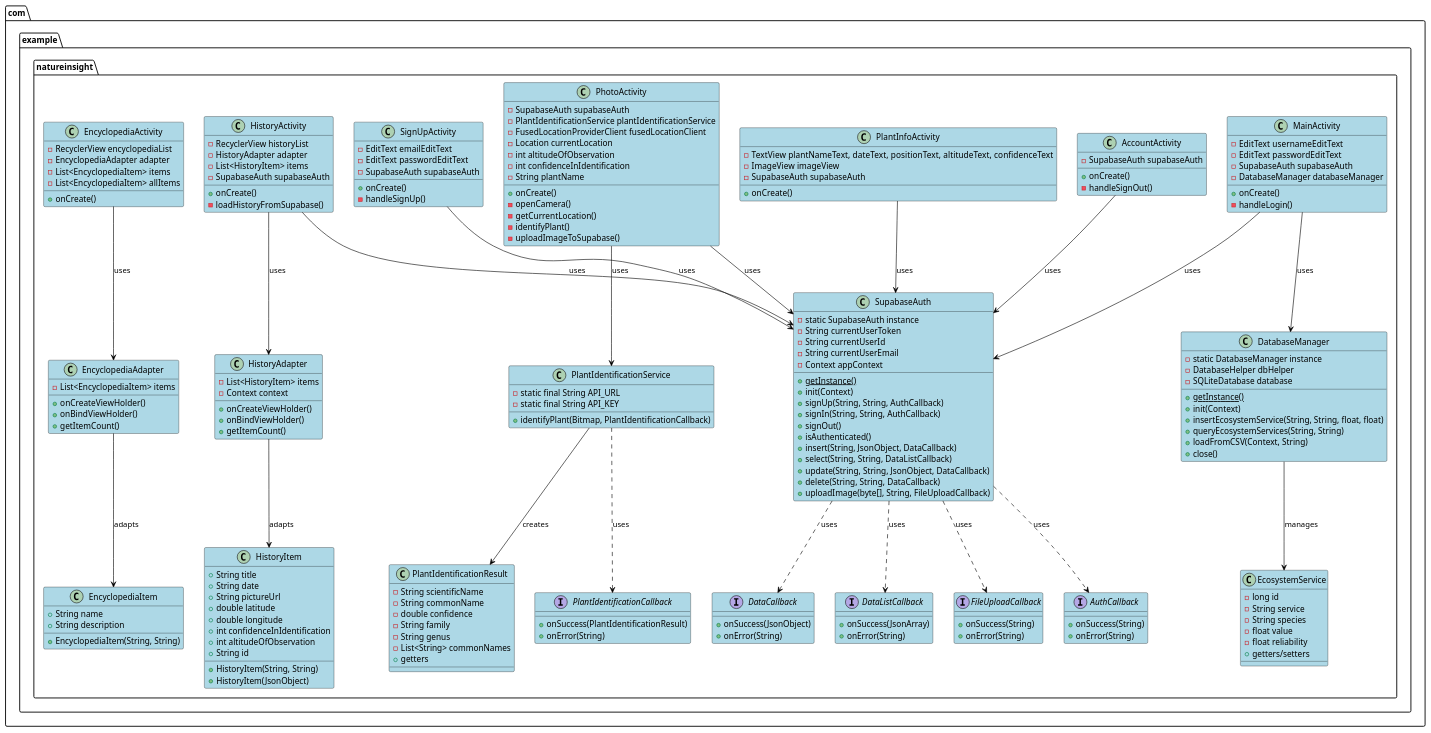
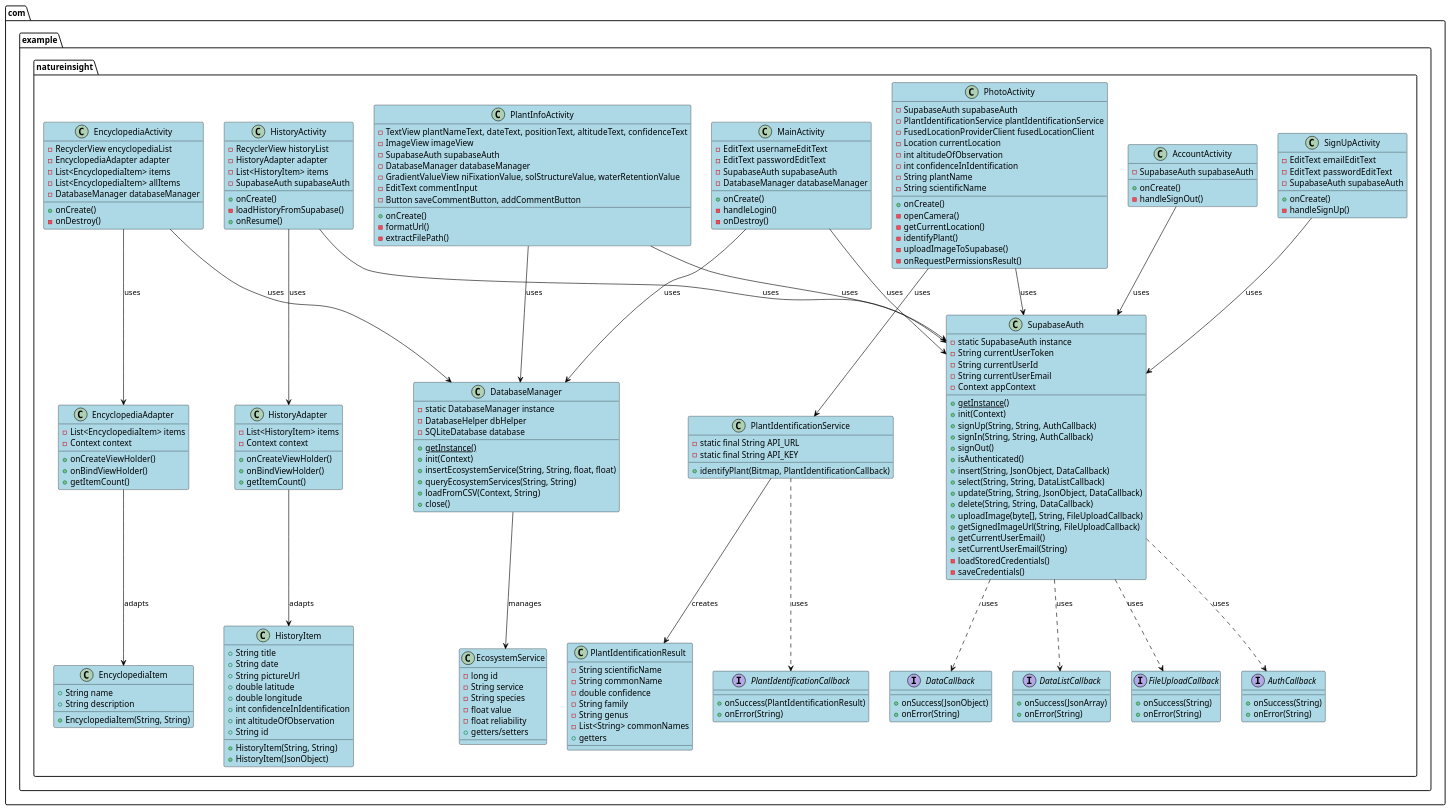
The diagram in app/src/main/java/com/example/natureinsight/architecture.puml (Petris81/NatureInsight), drawn with PlantUML before and after one commit. The commit also changed 6 other files, not shown here.

```diff
--- a/app/src/main/java/com/example/natureinsight/architecture.puml
+++ b/app/src/main/java/com/example/natureinsight/architecture.puml
@@ -18,6 +18,7 @@
     - DatabaseManager databaseManager
     + onCreate()
     - handleLogin()
+    - onDestroy()
   }
   
   class SignUpActivity {
@@ -42,18 +43,26 @@
     - int altitudeOfObservation
     - int confidenceInIdentification
     - String plantName
+    - String scientificName
     + onCreate()
     - openCamera()
     - getCurrentLocation()
     - identifyPlant()
     - uploadImageToSupabase()
+    - onRequestPermissionsResult()
   }
   
   class PlantInfoActivity {
     - TextView plantNameText, dateText, positionText, altitudeText, confidenceText
     - ImageView imageView
     - SupabaseAuth supabaseAuth
+    - DatabaseManager databaseManager
+    - GradientValueView niFixationValue, solStructureValue, waterRetentionValue
+    - EditText commentInput
+    - Button saveCommentButton, addCommentButton
     + onCreate()
+    - formatUrl()
+    - extractFilePath()
   }
   
   class HistoryActivity {
@@ -63,6 +72,7 @@
     - SupabaseAuth supabaseAuth
     + onCreate()
     - loadHistoryFromSupabase()
+    + onResume()
   }
   
   class EncyclopediaActivity {
@@ -70,7 +80,9 @@
     - EncyclopediaAdapter adapter
     - List<EncyclopediaItem> items
     - List<EncyclopediaItem> allItems
+    - DatabaseManager databaseManager
     + onCreate()
+    - onDestroy()
   }
   
   ' Services
@@ -91,6 +103,11 @@
     + update(String, String, JsonObject, DataCallback)
     + delete(String, String, DataCallback)
     + uploadImage(byte[], String, FileUploadCallback)
+    + getSignedImageUrl(String, FileUploadCallback)
+    + getCurrentUserEmail()
+    + setCurrentUserEmail(String)
+    - loadStoredCredentials()
+    - saveCredentials()
   }
   
   class DatabaseManager {
@@ -151,6 +168,7 @@
   
   class EncyclopediaAdapter {
     - List<EncyclopediaItem> items
+    - Context context
     + onCreateViewHolder()
     + onBindViewHolder()
     + getItemCount()
@@ -201,10 +219,12 @@
 PhotoActivity --> SupabaseAuth : uses
 PhotoActivity --> PlantIdentificationService : uses
 PlantInfoActivity --> SupabaseAuth : uses
+PlantInfoActivity --> DatabaseManager : uses
 HistoryActivity --> SupabaseAuth : uses
 HistoryActivity --> HistoryAdapter : uses
 HistoryAdapter --> HistoryItem : adapts
 EncyclopediaActivity --> EncyclopediaAdapter : uses
+EncyclopediaActivity --> DatabaseManager : uses
 EncyclopediaAdapter --> EncyclopediaItem : adapts
 DatabaseManager --> EcosystemService : manages
 
```
